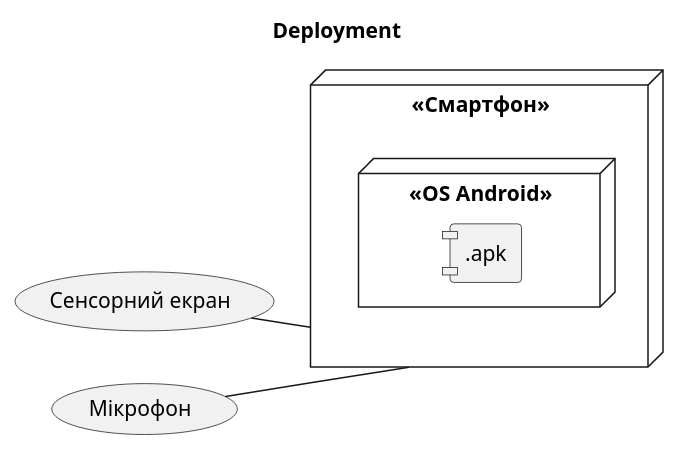
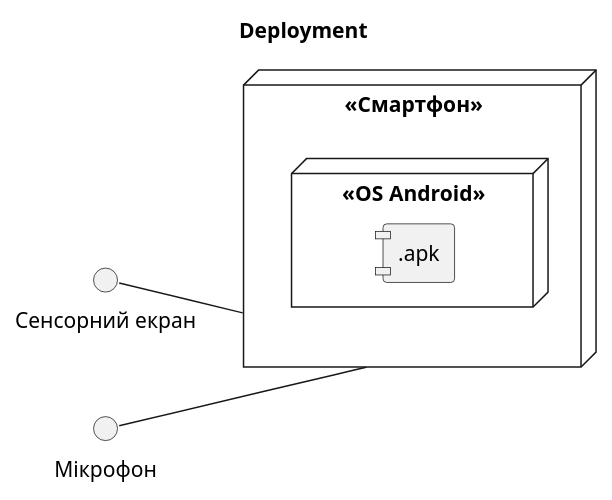
Before and after one commit to oleksandrblazhko/ai204-bochkarova: the diagram in 2-SoftwareDesign/2.7-PlantUML/UML-Deployment.puml, drawn with PlantUML.

```diff
--- a/2-SoftwareDesign/2.7-PlantUML/UML-Deployment.puml
+++ b/2-SoftwareDesign/2.7-PlantUML/UML-Deployment.puml
@@ -1,20 +1,20 @@
 @startuml
 
 title Deployment
 left to right direction
 skinparam componentStyle uml1
 
 node "<<Смартфон>>" as phone {
   node "<<OS Android>>" {
     component [.apk]
   }
 }
 
-interface (Сенсорний екран)
+interface "Сенсорний екран"
 
-(Сенсорний екран) -- phone
+"Сенсорний екран" -- phone
 
-interface (Мікрофон)
+interface "Мікрофон"
 
-(Мікрофон) -- phone
+"Мікрофон" -- phone
 @enduml
```
